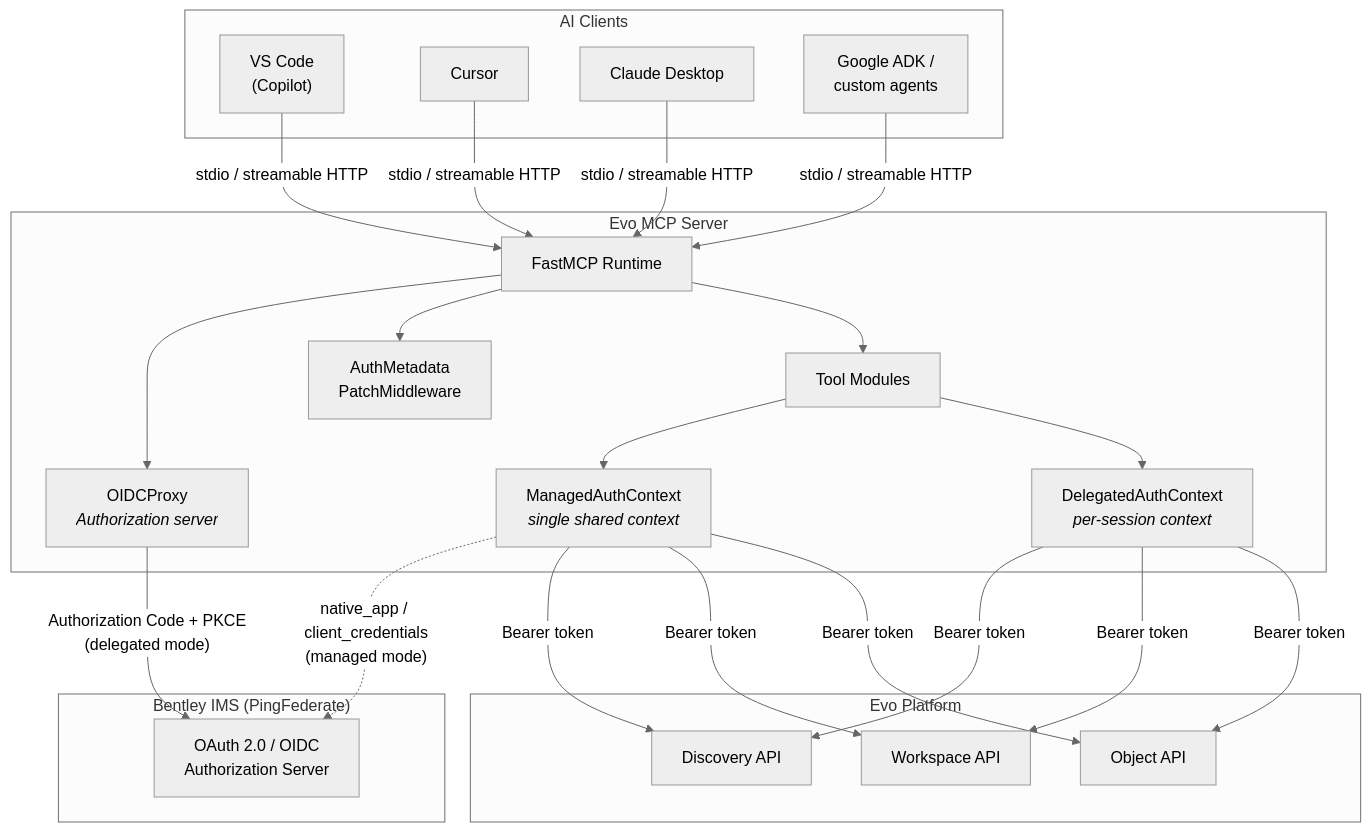
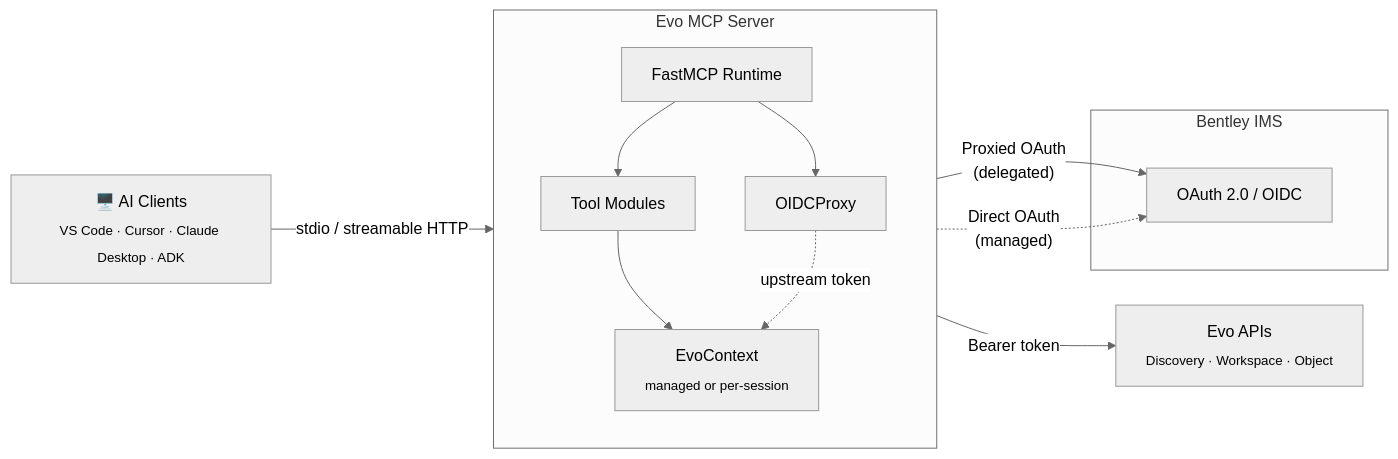
One commit to SeequentEvo/evo-mcp changed the first of 5 diagrams in docs/authentication.md. Above: the diagram before and after it, drawn with Mermaid (neutral theme). The commit also changed 2 other files, not shown here.

Commit message:
Clarify around PKCE vs direct/proxied auth

````diff
--- a/docs/authentication.md
+++ b/docs/authentication.md
@@ -20,41 +20,27 @@
 ```mermaid
-graph TB
-    subgraph Clients["AI Clients"]
-        VSCode["VS Code<br/>(Copilot)"]
-        Cursor[Cursor]
-        Claude["Claude Desktop"]
-        ADK["Google ADK /<br/>custom agents"]
+graph LR
+    Clients["🖥️ AI Clients<br/><sub>VS Code · Cursor · Claude Desktop · ADK</sub>"]
+
+    subgraph MCP["Evo MCP Server"]
+        direction TB
+        FastMCP["FastMCP Runtime"]
+        Proxy["OIDCProxy"]
+        Tools["Tool Modules"]
+        Context["EvoContext<br/><sub>managed or per-session</sub>"]
+
+        FastMCP --> Tools --> Context
+        FastMCP --> Proxy
+        Proxy -. "upstream token" .-> Context
     end
 
-    subgraph MCP["Evo MCP Server"]
-        FastMCP["FastMCP Runtime"]
-        Proxy["OIDCProxy<br/><i>Authorization server</i>"]
-        Middleware["AuthMetadata<br/>PatchMiddleware"]
-        Tools["Tool Modules"]
-        MCtx["ManagedAuthContext<br/><i>single shared context</i>"]
-        DCtx["DelegatedAuthContext<br/><i>per-session context</i>"]
-
-        FastMCP --> Proxy
-        FastMCP --> Middleware
-        FastMCP --> Tools
-        Tools --> MCtx
-        Tools --> DCtx
+    subgraph IMS["Bentley IMS"]
+        AuthZ["OAuth 2.0 / OIDC"]
     end
 
-    subgraph IMS["Bentley IMS (PingFederate)"]
-        AuthZ["OAuth 2.0 / OIDC<br/>Authorization Server"]
-    end
+    Evo["Evo APIs<br/><sub>Discovery · Workspace · Object</sub>"]
 
-    subgraph Evo["Evo Platform"]
-        Discovery["Discovery API"]
-        WS["Workspace API"]
-        Obj["Object API"]
-    end
-
-    VSCode & Cursor & Claude & ADK -- "stdio / streamable HTTP" --> FastMCP
-
-    Proxy -- "Authorization Code + PKCE<br/>(delegated mode)" --> AuthZ
-    MCtx -. "native_app / client_credentials<br/>(managed mode)" .-> AuthZ
-
-    MCtx & DCtx -- "Bearer token" --> Discovery & WS & Obj
+    Clients -- "stdio / streamable HTTP" --> FastMCP
+    Proxy -- "Proxied OAuth<br/>(delegated)" --> AuthZ
+    Context -. "Direct OAuth<br/>(managed)" .-> AuthZ
+    Context -- "Bearer token" --> Evo
 ```
````
